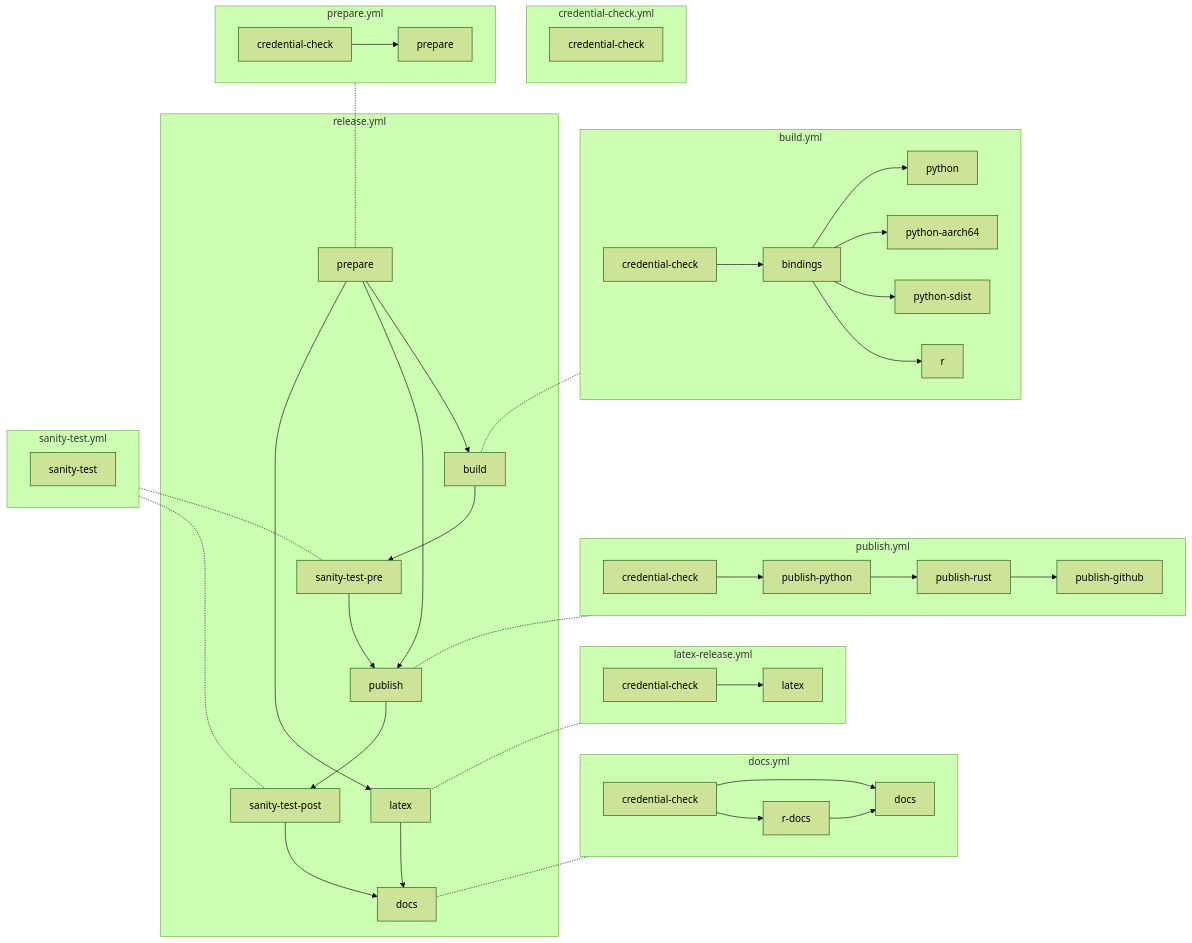
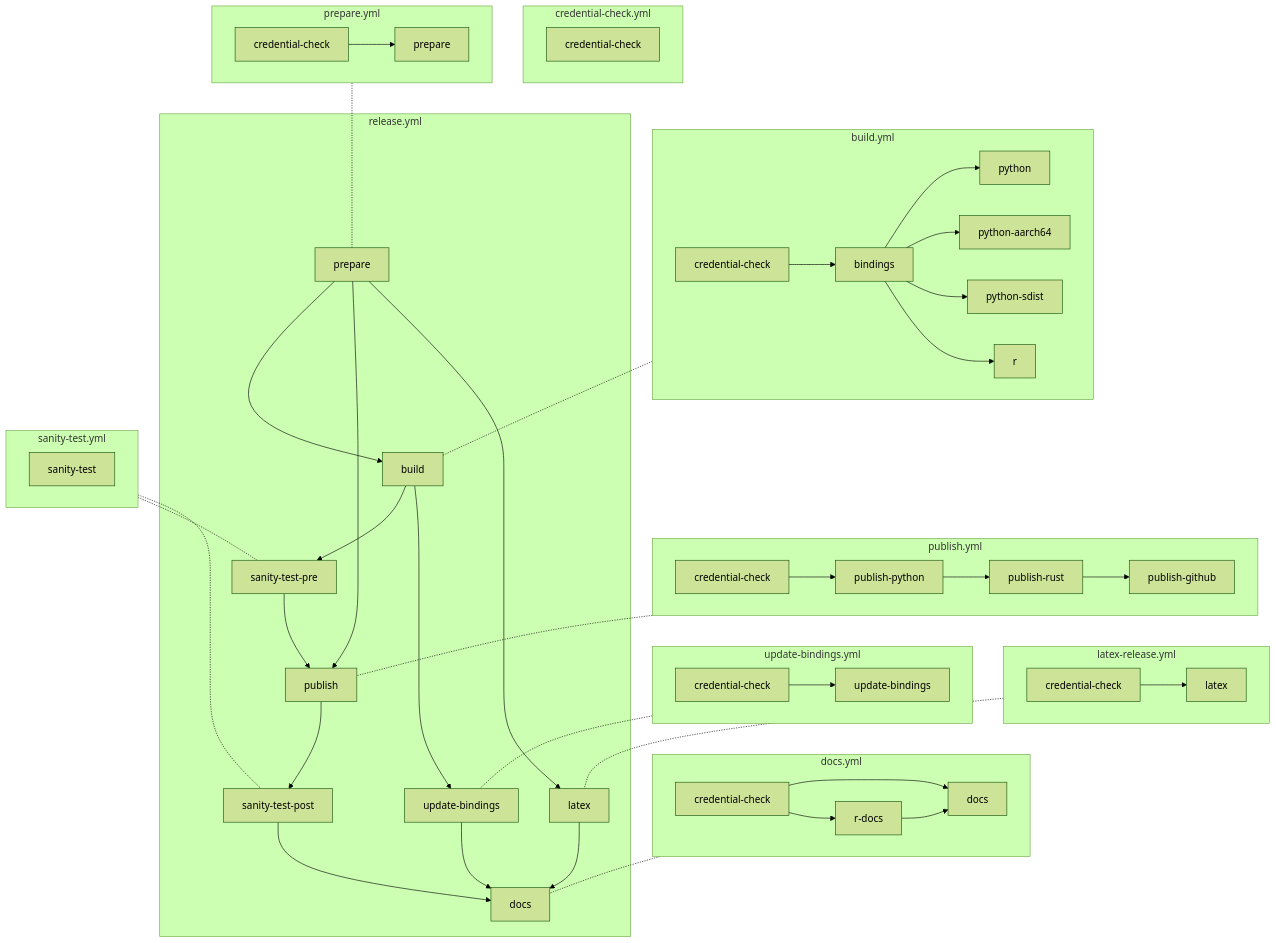
The diagram in .github/workflows/README.md (opendp/opendp), drawn with Mermaid (forest theme) before and after one commit. The commit also changed 1 other file, not shown here.

Commit message:
respond to review 7/30

````diff
--- a/.github/workflows/README.md
+++ b/.github/workflows/README.md
@@ -28,56 +28,62 @@
 ```mermaid
 graph TD
     subgraph build.yml
         credential-check --> bindings
         bindings --> python
         bindings --> python-aarch64
         bindings --> python-sdist
         bindings --> r
     end
     build.yml -.- build
 
     subgraph credential-check.yml
        cccc[credential-check]
     end
     %% Adds a lot of crossing lines to the graph!
     %% credential-check.yml -.- bcc[credential-check]
     %% credential-check.yml -.- dcc[credential-check]
     %% credential-check.yml -.- lrcc[credential-check]
     %% credential-check.yml -.- lcc[credential-check]
     %% credential-check.yml -.- precc[credential-check]
     %% credential-check.yml -.- pubcc[credential-check]
 
     subgraph docs.yml
         dcc[credential-check] --> docs
         dcc[credential-check] --> r-docs
         r-docs --> docs
     end
     docs.yml -.- rdocs[docs]
 
     subgraph latex-release.yml
         lrcc[credential-check] --> latex
     end
     latex-release.yml -.- rlatex[latex]
 
+    subgraph update-bindings.yml
+        ubcc[credential-check] --> update-bindings
+    end
+    update-bindings.yml -.- rub[update-bindings]
+
     subgraph prepare.yml
         precc[credential-check] --> prepare
     end
     prepare.yml -.- rpre[prepare]
 
     subgraph publish.yml
         pubcc[credential-check] --> publish-python --> publish-rust --> publish-github
     end
     publish.yml -.- publish
 
     subgraph release.yml
         rpre[prepare] --> build --> sanity-test-pre --> publish
         rpre[prepare] --> publish --> sanity-test-post --> rdocs[docs]
         rpre[prepare] --> rlatex[latex] --> rdocs[docs]
+        build --> rub[update-bindings] --> rdocs[docs]
     end
 
     subgraph sanity-test.yml
         sanity-test
     end
     sanity-test.yml -.- sanity-test-pre
     sanity-test.yml -.- sanity-test-post
 ```
````
